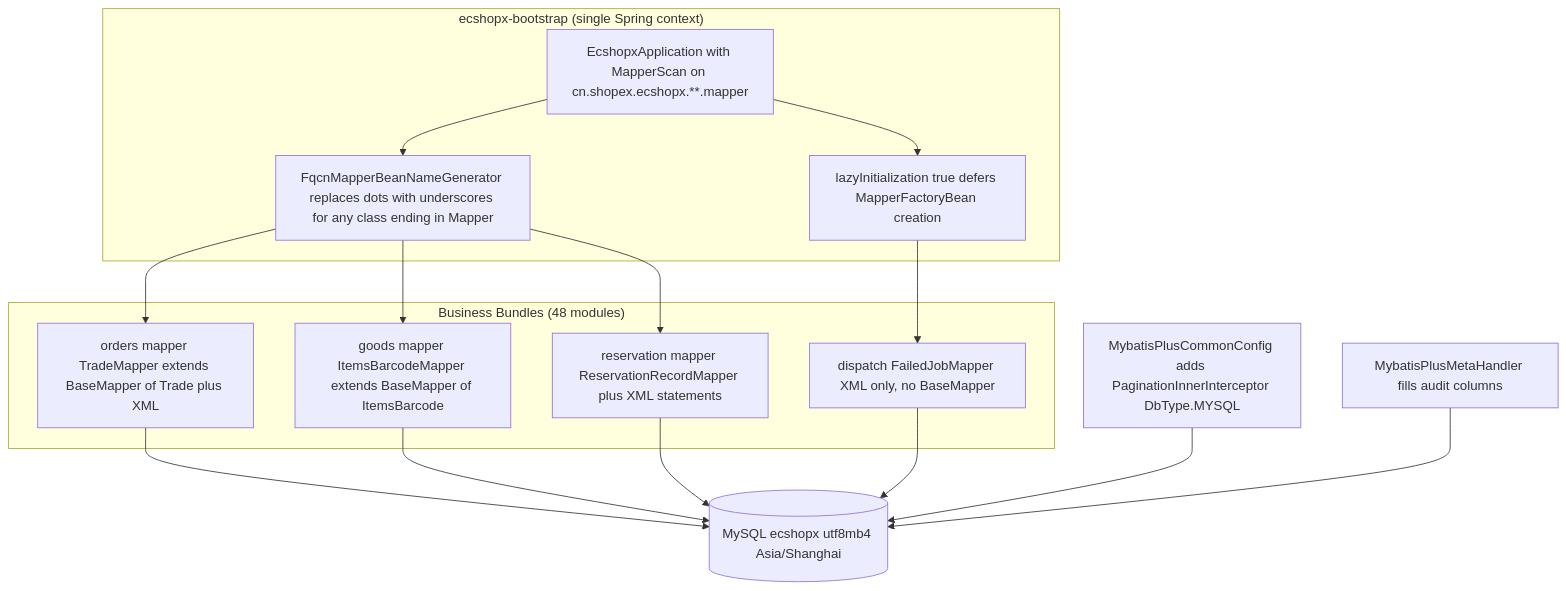
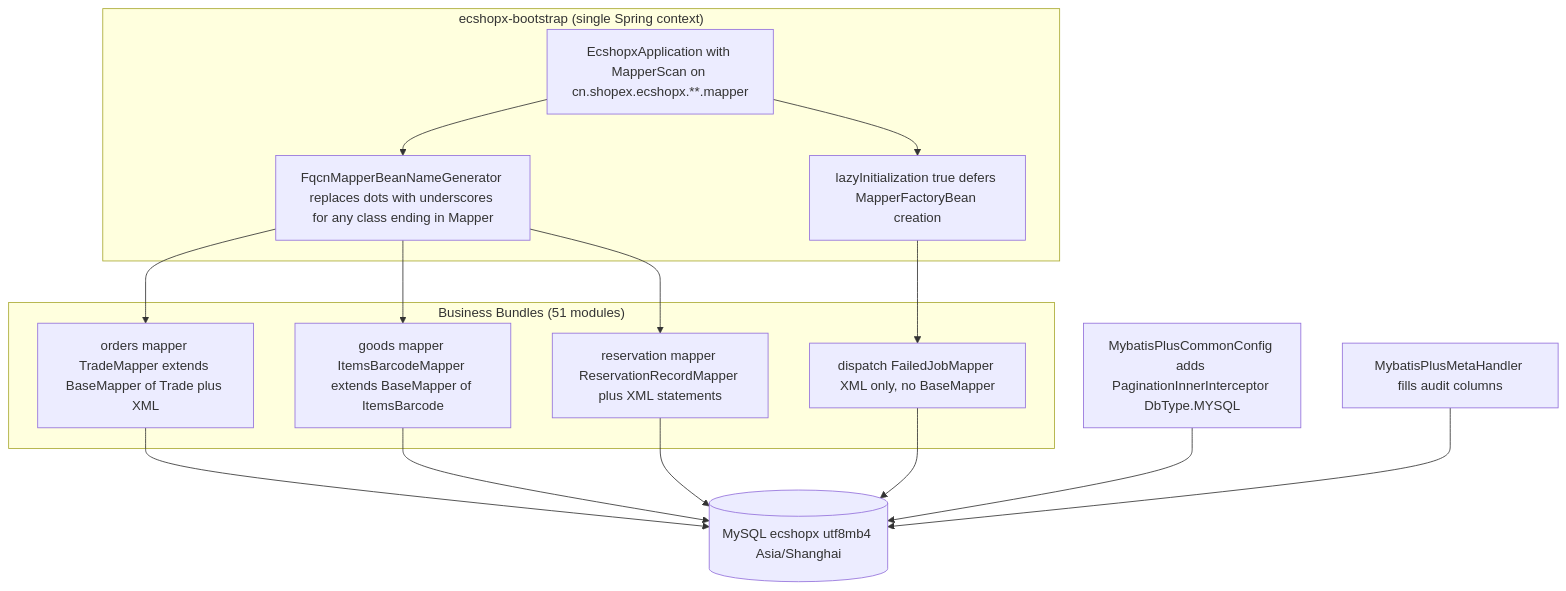
Before and after one commit to ShopeX/ECShopX-Java: the diagram in openwiki/concepts/persistence-mybatis.md, drawn with Mermaid. The commit also changed other lines of this file and 59 other files, not shown here.

````diff
--- a/openwiki/concepts/persistence-mybatis.md
+++ b/openwiki/concepts/persistence-mybatis.md
@@ -222,29 +240,29 @@
 ```mermaid
 flowchart TD
     subgraph boot["ecshopx-bootstrap (single Spring context)"]
         MAIN["EcshopxApplication with MapperScan on cn.shopex.ecshopx.**.mapper"]
         NAMEGEN["FqcnMapperBeanNameGenerator replaces dots with underscores for any class ending in Mapper"]
         LAZY["lazyInitialization true defers MapperFactoryBean creation"]
     end
-    subgraph bundles["Business Bundles (48 modules)"]
+    subgraph bundles["Business Bundles (51 modules)"]
         ORDERS["orders mapper TradeMapper extends BaseMapper of Trade plus XML"]
         GOODS["goods mapper ItemsBarcodeMapper extends BaseMapper of ItemsBarcode"]
         RES["reservation mapper ReservationRecordMapper plus XML statements"]
         DIS["dispatch FailedJobMapper XML only, no BaseMapper"]
     end
     CFG["MybatisPlusCommonConfig adds PaginationInnerInterceptor DbType.MYSQL"]
     META["MybatisPlusMetaHandler fills audit columns"]
     DB[("MySQL ecshopx utf8mb4 Asia/Shanghai")]
     MAIN --> NAMEGEN
     MAIN --> LAZY
     NAMEGEN --> ORDERS
     NAMEGEN --> GOODS
     NAMEGEN --> RES
     LAZY --> DIS
     ORDERS --> DB
     GOODS --> DB
     RES --> DB
     DIS --> DB
     CFG --> DB
     META --> DB
 ```
````
